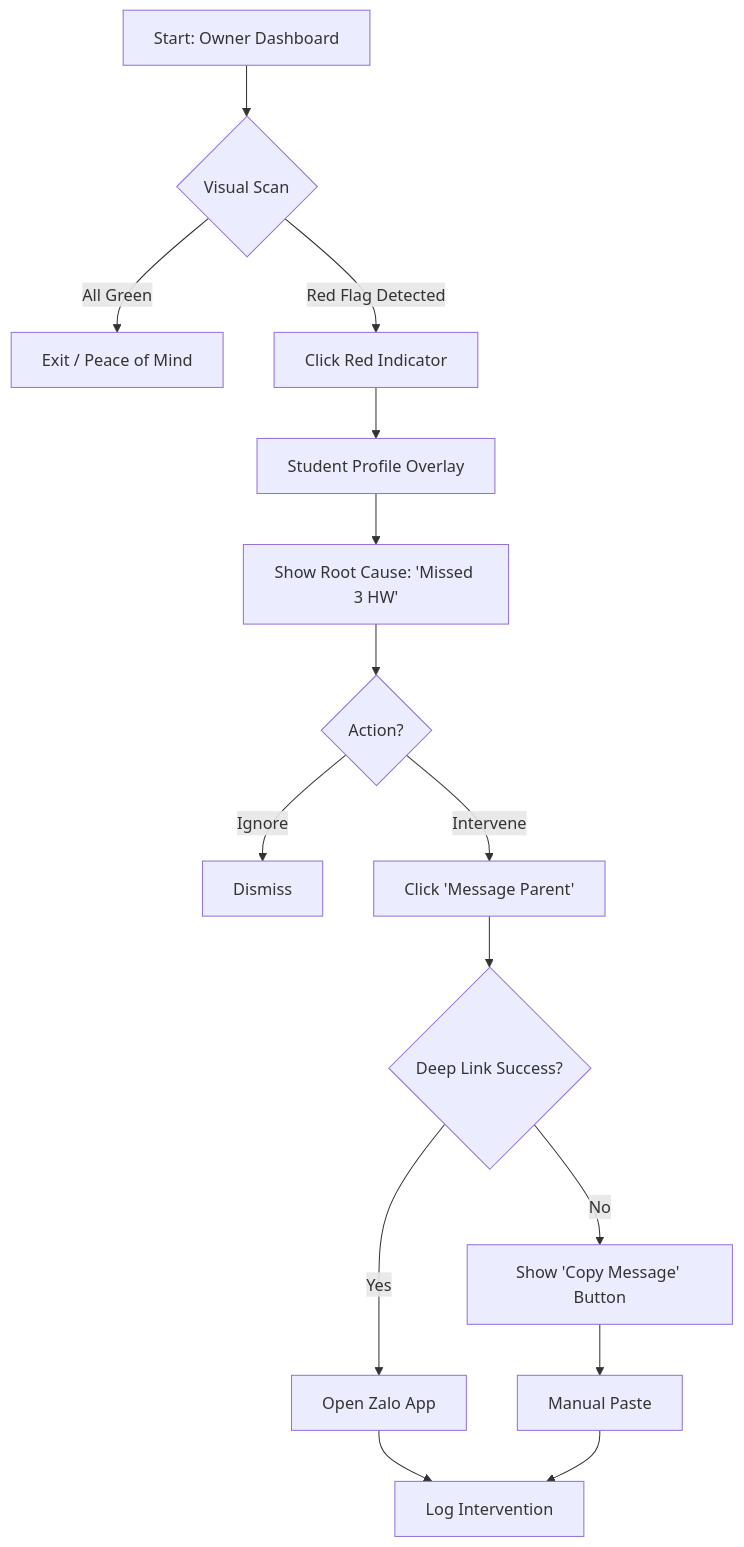
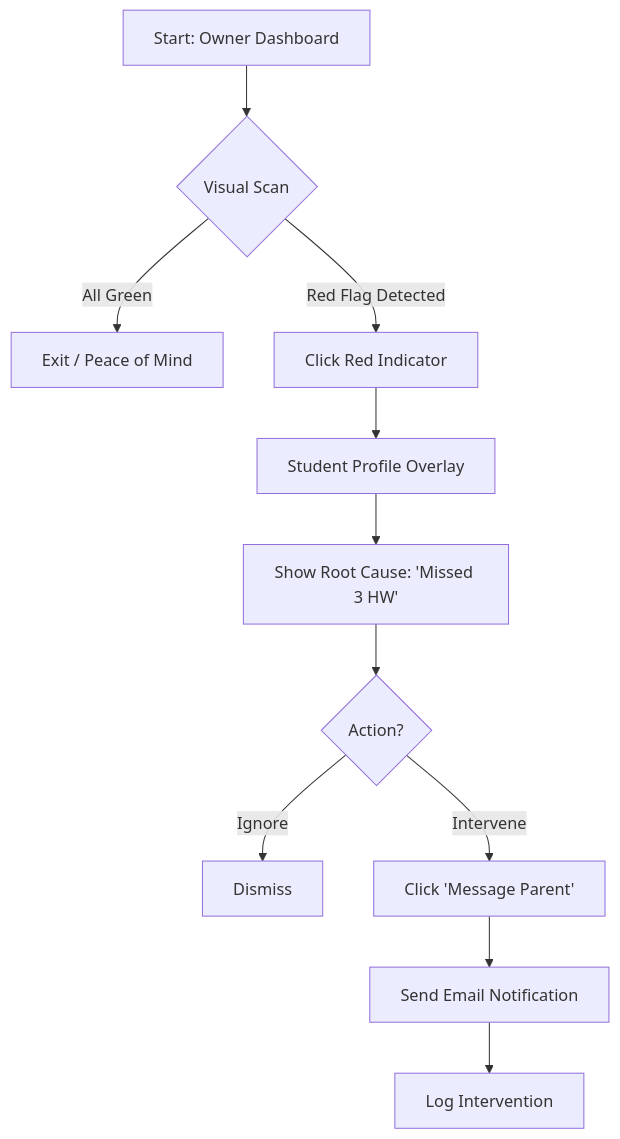
The third of 5 diagrams in _bmad-output/planning-artifacts/ux-design-specification.md (andukdahacker/classlite), drawn with Mermaid before and after one commit. The commit also changed other lines of this file and 17 other files, not shown here.

````diff
--- a/_bmad-output/planning-artifacts/ux-design-specification.md
+++ b/_bmad-output/planning-artifacts/ux-design-specification.md
@@ -333,21 +333,17 @@
 ```mermaid
 graph TD
     A[Start: Owner Dashboard] --> B{Visual Scan}
     B -- All Green --> C[Exit / Peace of Mind]
     B -- Red Flag Detected --> D[Click Red Indicator]
 
     D --> E[Student Profile Overlay]
     E --> F[Show Root Cause: 'Missed 3 HW']
 
     F --> G{Action?}
     G -- Ignore --> H[Dismiss]
     G -- Intervene --> I[Click 'Message Parent']
 
-    I --> J{Deep Link Success?}
-    J -- Yes --> K[Open Zalo App]
-    J -- No --> L[Show 'Copy Message' Button]
-    L --> M[Manual Paste]
+    I --> J[Send Email Notification]
 
-    K --> N[Log Intervention]
-    M --> N
+    J --> N[Log Intervention]
 ```
````
